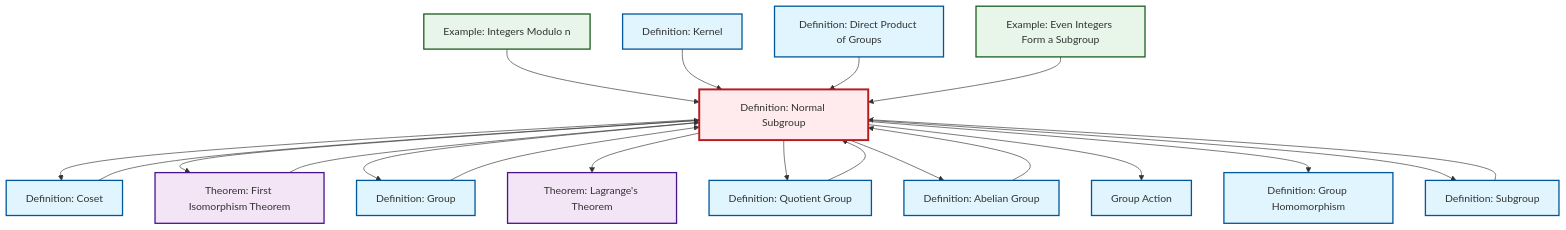
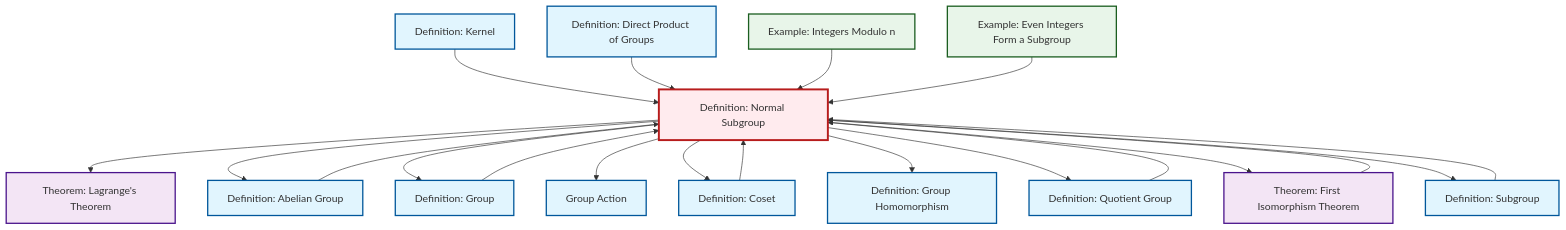
Before and after one commit to RK0429/ModernMath: the diagram in content/en/algebra/def-normal-subgroup.qmd, drawn with Mermaid. The commit also changed other lines of this file and 497 other files, not shown here.

````diff
--- a/content/en/algebra/def-normal-subgroup.qmd
+++ b/content/en/algebra/def-normal-subgroup.qmd
@@ -90,56 +90,56 @@
 ```{mermaid}
 %%| fig-cap: "Local dependency graph"
 graph TD
     classDef definition fill:#e1f5fe,stroke:#01579b,stroke-width:2px
     classDef theorem fill:#f3e5f5,stroke:#4a148c,stroke-width:2px
     classDef axiom fill:#fff3e0,stroke:#e65100,stroke-width:2px
     classDef example fill:#e8f5e9,stroke:#1b5e20,stroke-width:2px
     classDef current fill:#ffebee,stroke:#b71c1c,stroke-width:3px
     def-normal-subgroup["Definition: Normal Subgroup"]:::definition
-    def-quotient-group["Definition: Quotient Group"]:::definition
-    ex-even-integers-subgroup["Example: Even Integers Form a Subgroup"]:::example
-    def-abelian-group["Definition: Abelian Group"]:::definition
-    thm-lagrange["Theorem: Lagrange's Theorem"]:::theorem
-    def-homomorphism["Definition: Group Homomorphism"]:::definition
-    def-coset["Definition: Coset"]:::definition
     thm-first-isomorphism["Theorem: First Isomorphism Theorem"]:::theorem
     def-kernel["Definition: Kernel"]:::definition
+    def-homomorphism["Definition: Group Homomorphism"]:::definition
     ex-quotient-integers-mod-n["Example: Integers Modulo n"]:::example
-    def-group-action["Group Action"]:::definition
+    def-coset["Definition: Coset"]:::definition
+    thm-lagrange["Theorem: Lagrange's Theorem"]:::theorem
+    def-quotient-group["Definition: Quotient Group"]:::definition
+    def-subgroup["Definition: Subgroup"]:::definition
     def-direct-product["Definition: Direct Product of Groups"]:::definition
     def-group["Definition: Group"]:::definition
-    def-subgroup["Definition: Subgroup"]:::definition
+    def-group-action["Group Action"]:::definition
+    def-abelian-group["Definition: Abelian Group"]:::definition
+    ex-even-integers-subgroup["Example: Even Integers Form a Subgroup"]:::example
+    thm-first-isomorphism --> def-normal-subgroup
+    def-kernel --> def-normal-subgroup
+    def-group --> def-normal-subgroup
+    def-abelian-group --> def-normal-subgroup
+    def-normal-subgroup --> thm-lagrange
+    def-normal-subgroup --> def-abelian-group
+    def-subgroup --> def-normal-subgroup
+    def-quotient-group --> def-normal-subgroup
+    def-direct-product --> def-normal-subgroup
+    def-normal-subgroup --> def-group
+    ex-quotient-integers-mod-n --> def-normal-subgroup
+    def-normal-subgroup --> def-group-action
     def-normal-subgroup --> def-coset
-    ex-quotient-integers-mod-n --> def-normal-subgroup
+    def-normal-subgroup --> def-homomorphism
+    def-normal-subgroup --> def-quotient-group
+    def-coset --> def-normal-subgroup
     def-normal-subgroup --> thm-first-isomorphism
-    def-kernel --> def-normal-subgroup
-    def-coset --> def-normal-subgroup
-    def-normal-subgroup --> def-group
-    def-group --> def-normal-subgroup
-    def-normal-subgroup --> thm-lagrange
-    def-quotient-group --> def-normal-subgroup
-    def-normal-subgroup --> def-quotient-group
-    def-normal-subgroup --> def-abelian-group
-    def-direct-product --> def-normal-subgroup
-    def-normal-subgroup --> def-group-action
+    def-normal-subgroup --> def-subgroup
     ex-even-integers-subgroup --> def-normal-subgroup
-    def-normal-subgroup --> def-homomorphism
-    def-abelian-group --> def-normal-subgroup
-    thm-first-isomorphism --> def-normal-subgroup
-    def-subgroup --> def-normal-subgroup
-    def-normal-subgroup --> def-subgroup
     class def-normal-subgroup current
-    click def-quotient-group "def-quotient-group.html" "Go to Quotient Group definition"
-    click ex-even-integers-subgroup "ex-even-integers-subgroup.html" "Go to Even Integers Form a Subgroup example"
-    click def-abelian-group "def-abelian-group.html" "Go to Abelian Group definition"
-    click thm-lagrange "thm-lagrange.html" "Go to Lagrange's Theorem theorem"
-    click def-homomorphism "def-homomorphism.html" "Go to Group Homomorphism definition"
-    click def-coset "def-coset.html" "Go to Coset definition"
     click thm-first-isomorphism "thm-first-isomorphism.html" "Go to First Isomorphism Theorem theorem"
     click def-kernel "def-kernel.html" "Go to Kernel definition"
+    click def-homomorphism "def-homomorphism.html" "Go to Group Homomorphism definition"
     click ex-quotient-integers-mod-n "ex-quotient-integers-mod-n.html" "Go to Integers Modulo n example"
-    click def-group-action "def-group-action.html" "Go to Group Action"
+    click def-coset "def-coset.html" "Go to Coset definition"
+    click thm-lagrange "thm-lagrange.html" "Go to Lagrange's Theorem theorem"
+    click def-quotient-group "def-quotient-group.html" "Go to Quotient Group definition"
+    click def-subgroup "def-subgroup.html" "Go to Subgroup definition"
     click def-direct-product "def-direct-product.html" "Go to Direct Product of Groups definition"
     click def-group "def-group.html" "Go to Group definition"
-    click def-subgroup "def-subgroup.html" "Go to Subgroup definition"
+    click def-group-action "def-group-action.html" "Go to Group Action"
+    click def-abelian-group "def-abelian-group.html" "Go to Abelian Group definition"
+    click ex-even-integers-subgroup "ex-even-integers-subgroup.html" "Go to Even Integers Form a Subgroup example"
 ```
````
